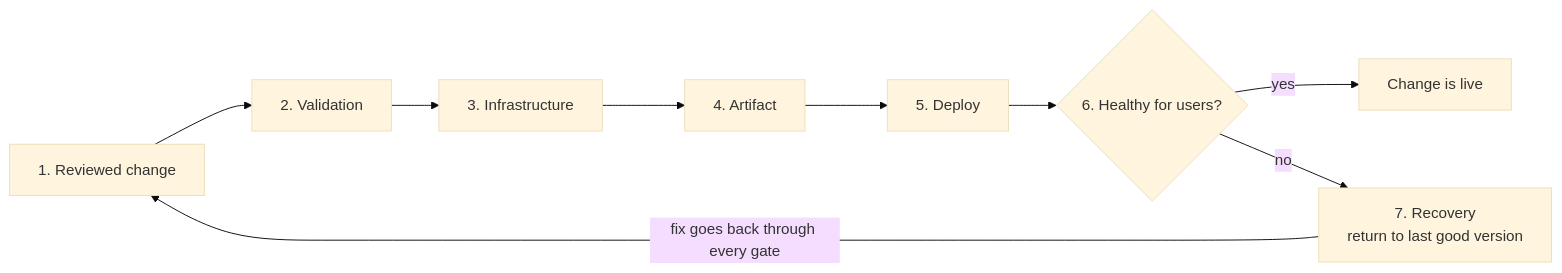
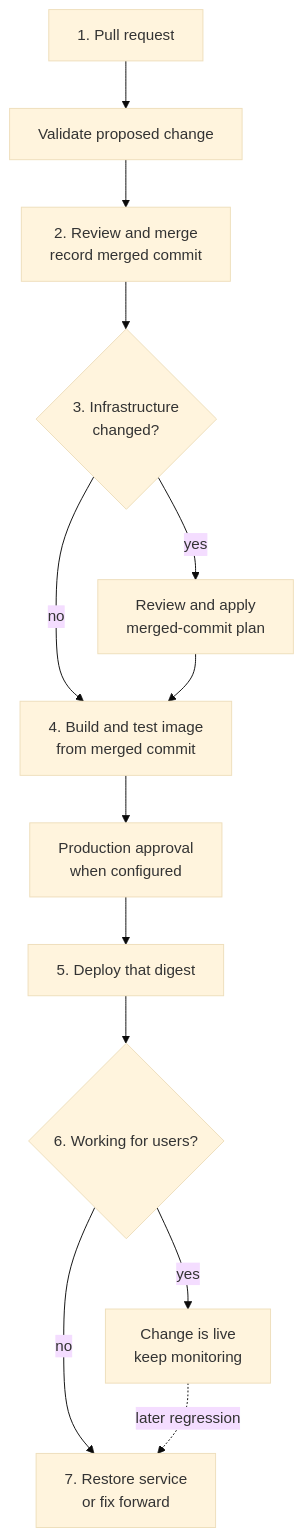
Before and after one commit to David-A18/MY-humble-knowledge-for-everyone: the diagram in knowledge/cross-topic-guides/end-to-end-deployment.md, drawn with Mermaid (base theme). The commit also changed other lines of this file and 6 other files, not shown here.

````diff
--- a/knowledge/cross-topic-guides/end-to-end-deployment.md
+++ b/knowledge/cross-topic-guides/end-to-end-deployment.md
@@ -96,11 +102,15 @@
 ```mermaid
-flowchart LR
-  pr["1. Reviewed change"] --> ci["2. Validation"]
-  ci --> infra["3. Infrastructure"]
-  infra --> art["4. Artifact"]
-  art --> dep["5. Deploy"]
-  dep --> chk{"6. Healthy for users?"}
-  chk -- "yes" --> done["Change is live"]
-  chk -- "no" --> rec["7. Recovery<br/>return to last good version"]
-  rec -- "fix goes back through every gate" --> pr
+flowchart TB
+  pr["1. Pull request"] --> ci["Validate proposed change"]
+  ci --> merge["2. Review and merge<br/>record merged commit"]
+  merge --> need{"3. Infrastructure<br/>changed?"}
+  need -- "yes" --> infra["Review and apply<br/>merged-commit plan"]
+  need -- "no" --> art["4. Build and test image<br/>from merged commit"]
+  infra --> art
+  art --> gate["Production approval<br/>when configured"]
+  gate --> dep["5. Deploy that digest"]
+  dep --> chk{"6. Working for users?"}
+  chk -- "yes" --> done["Change is live<br/>keep monitoring"]
+  chk -- "no" --> rec["7. Restore service<br/>or fix forward"]
+  done -. "later regression" .-> rec
 ```
````
